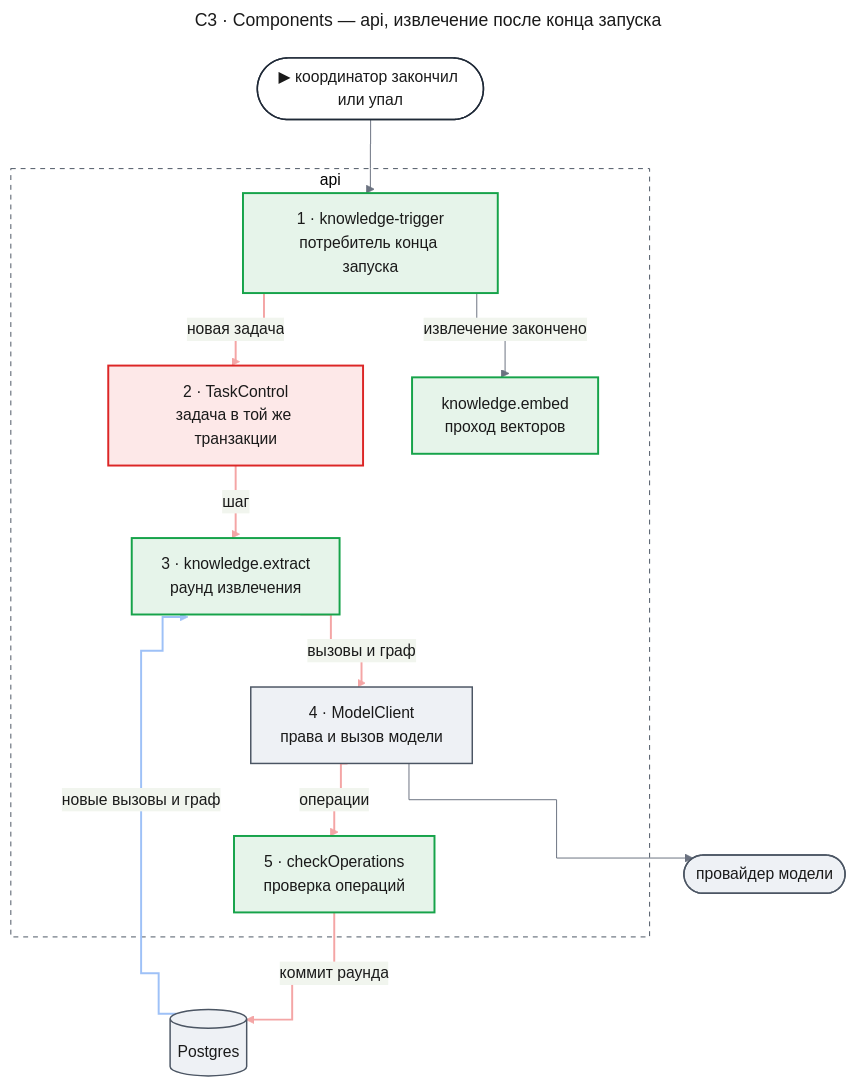
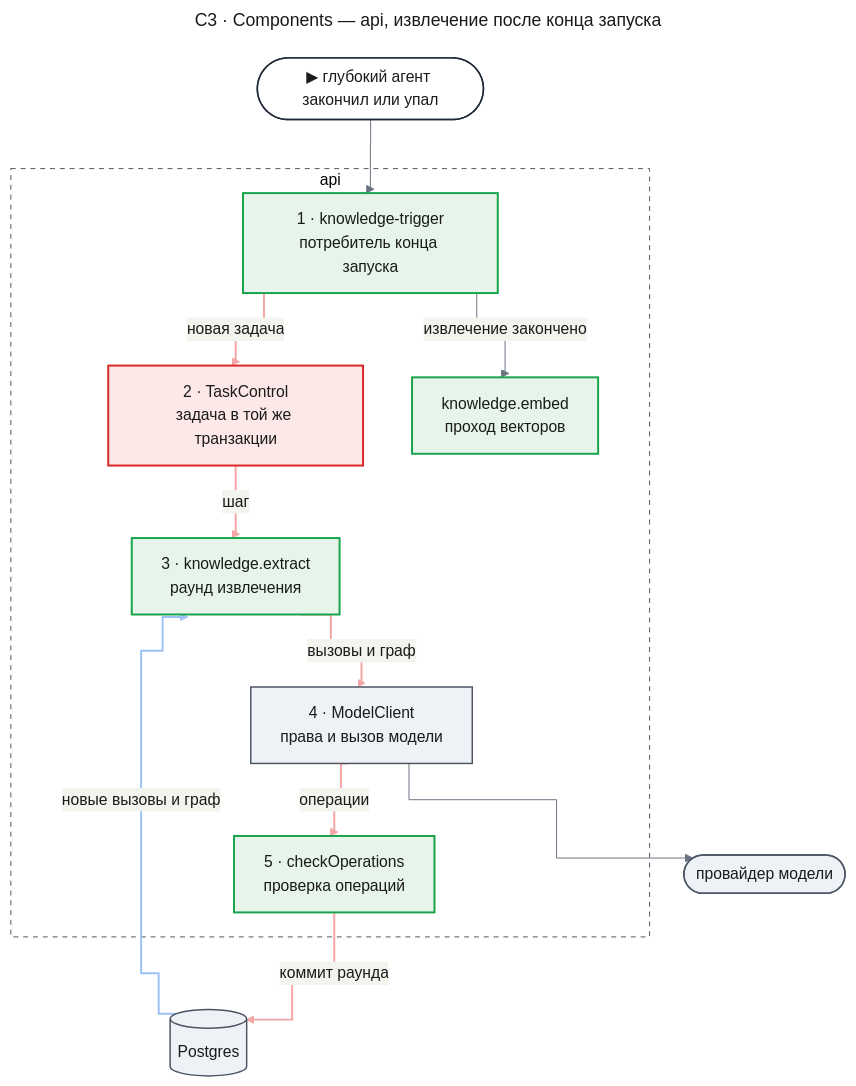
The second of 11 diagrams in docs/features/self-learning/design-core.md (tundraray/agent-os), drawn with Mermaid before and after one commit. The commit also changed other lines of this file and 13 other files, not shown here.

````diff
--- a/docs/features/self-learning/design-core.md
+++ b/docs/features/self-learning/design-core.md
@@ -299,61 +287,61 @@
 ```mermaid
 ---
 title: "C3 · Components — api, извлечение после конца запуска"
 config:
   theme: base
   look: classic
   themeVariables:
     primaryColor: "#eef1f5"
     primaryBorderColor: "#4b5563"
     primaryTextColor: "#1a1a1a"
     lineColor: "#6b7280"
   flowchart:
     curve: step
   themeCSS: |
     @keyframes lit_c3ex{0%,15%{stroke:#991b1b;stroke-width:6px}16.67%,100%{stroke:#f4a5a5;stroke-width:2px}}
     @keyframes litr_c3ex{0%,15%{stroke:#1d4ed8;stroke-width:6px}16.67%,100%{stroke:#9ec1f7;stroke-width:2px}}
 ---
 flowchart TB
-    entry(["▶ координатор закончил или упал"])
+    entry(["▶ глубокий агент закончил или упал"])
     subgraph apibox["api"]
         trigger["1 · knowledge-trigger<br/>потребитель конца запуска"]
         tasks["2 · TaskControl<br/>задача в той же транзакции"]
         extract["3 · knowledge.extract<br/>раунд извлечения"]
         client["4 · ModelClient<br/>права и вызов модели"]
         check["5 · checkOperations<br/>проверка операций"]
         embed["knowledge.embed<br/>проход векторов"]
     end
     llm(["провайдер модели"])
     pg[("Postgres")]
     entry --> trigger
     trigger e1@-->|"новая задача"| tasks
     tasks e2@-->|"шаг"| extract
     extract e3@-->|"вызовы и граф"| client
     client e4@-->|"операции"| check
     check e5@-->|"коммит раунда"| pg
     pg e6@-->|"новые вызовы и граф"| extract
     client --> llm
     trigger -->|"извлечение закончено"| embed
     classDef entry fill:#ffffff,stroke:#1f2937,stroke-width:1.5px,color:#1a1a1a
     classDef changed fill:#fde8e8,stroke:#dc2626,stroke-width:2px,color:#1a1a1a
     classDef new fill:#e6f4ea,stroke:#16a34a,stroke-width:2px,color:#1a1a1a
     classDef unchanged fill:#eef1f5,stroke:#4b5563,stroke-width:1.5px,color:#1a1a1a
     classDef boundary fill:none,stroke:#4b5563,stroke-width:1px,stroke-dasharray:5 5
     classDef w1 stroke:#f4a5a5,stroke-width:2px,animation:lit_c3ex 7.2s linear 0s infinite
     classDef w2 stroke:#f4a5a5,stroke-width:2px,animation:lit_c3ex 7.2s linear 1.2s infinite
     classDef w3 stroke:#f4a5a5,stroke-width:2px,animation:lit_c3ex 7.2s linear 2.4s infinite
     classDef w4 stroke:#f4a5a5,stroke-width:2px,animation:lit_c3ex 7.2s linear 3.6s infinite
     classDef w5 stroke:#f4a5a5,stroke-width:2px,animation:lit_c3ex 7.2s linear 4.8s infinite
     classDef r6 stroke:#9ec1f7,stroke-width:2px,animation:litr_c3ex 7.2s linear 6s infinite
     class entry entry
     class trigger,extract,check,embed new
     class tasks changed
     class client,llm,pg unchanged
     class apibox boundary
     class e1 w1
     class e2 w2
     class e3 w3
     class e4 w4
     class e5 w5
     class e6 r6
 ```
````
